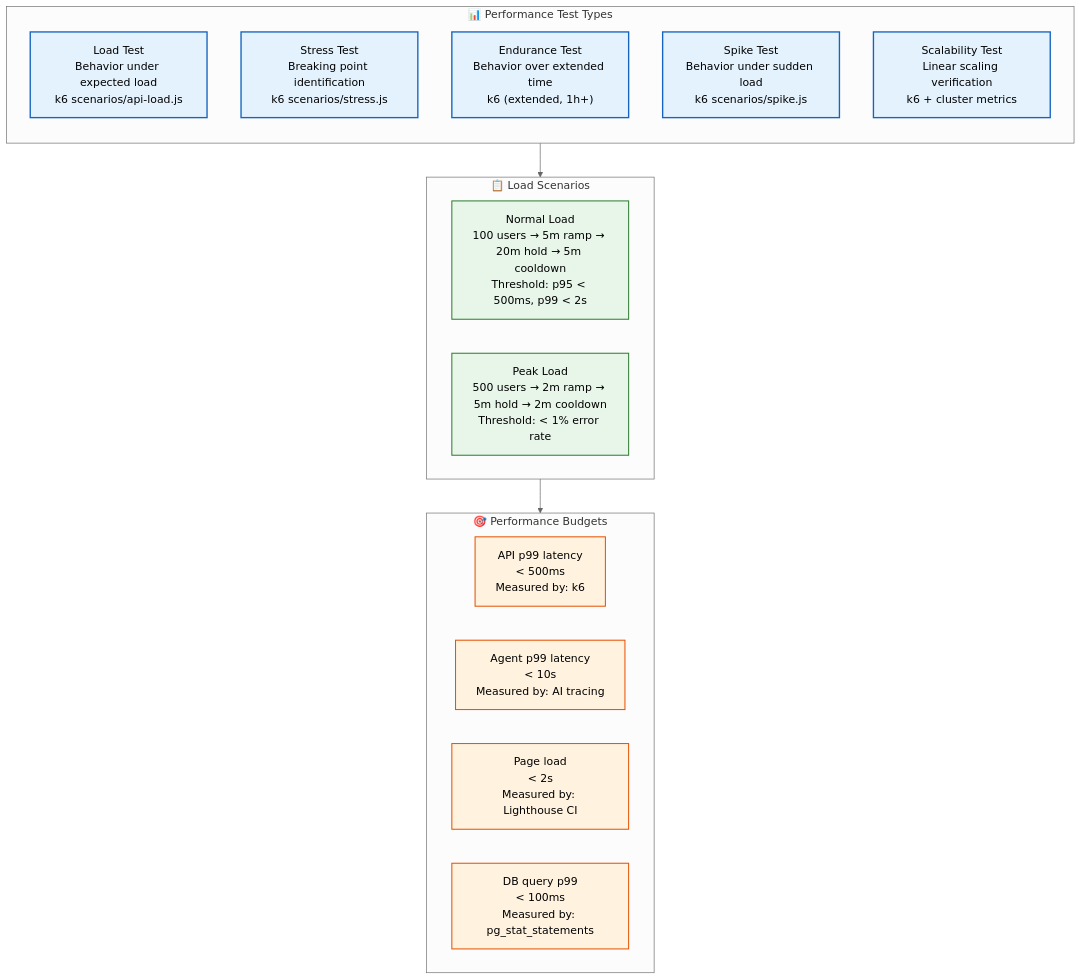
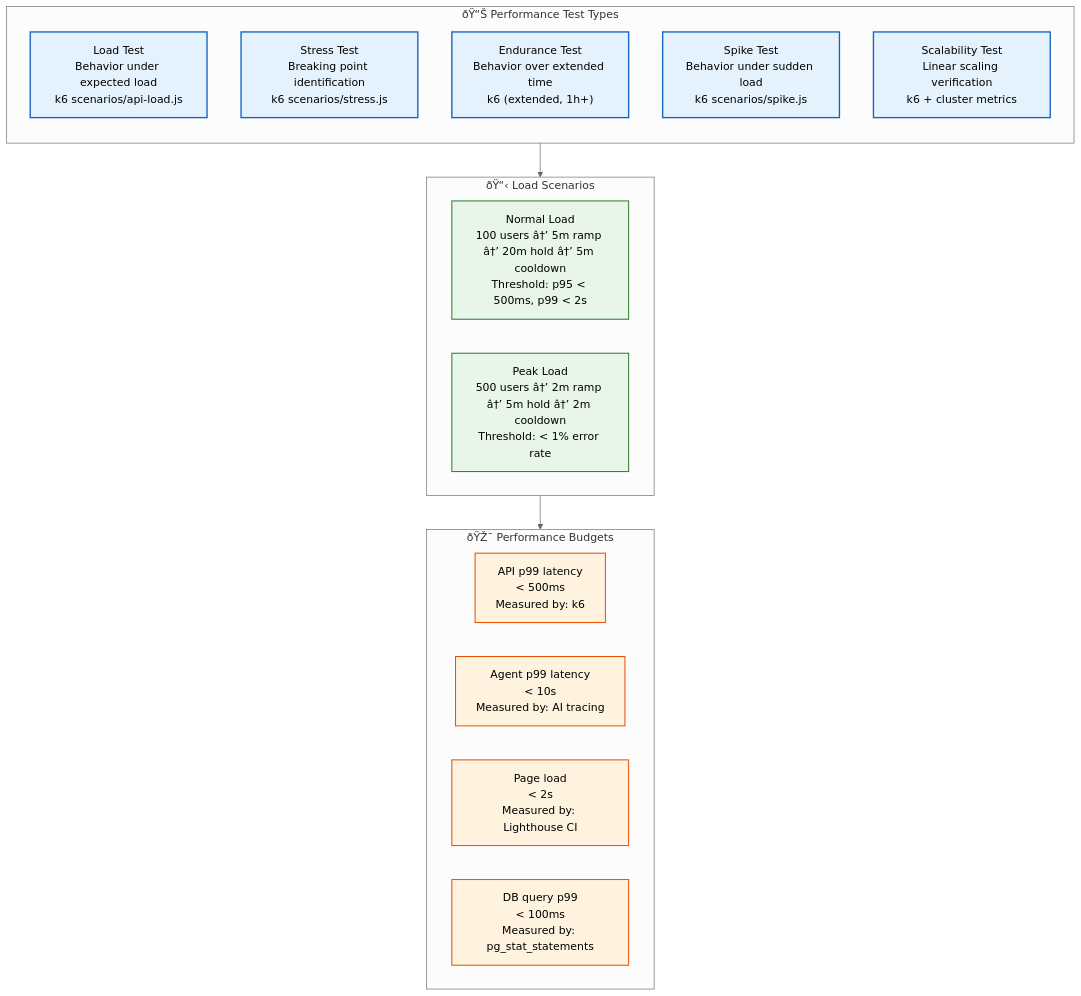
The first of 2 diagrams in Docs/Testing/Performance-Testing.md (Driftloom/Vaeloom), drawn with Mermaid (neutral theme) before and after one commit. The commit also changed other lines of this file and 249 other files, not shown here.

````diff
--- a/Docs/Testing/Performance-Testing.md
+++ b/Docs/Testing/Performance-Testing.md
@@ -8,33 +8,33 @@
 ```mermaid
 graph TD
     classDef type fill:#e3f2fd,stroke:#1565c0,color:#000,stroke-width:2px
     classDef scenario fill:#e8f5e9,stroke:#2e7d32,color:#000,stroke-width:1.5px
     classDef budget fill:#fff3e0,stroke:#e65100,color:#000,stroke-width:1.5px
 
-    subgraph Types["📊 Performance Test Types"]
+    subgraph Types["ðŸ“Š Performance Test Types"]
         direction TB
         T1["Load Test<br/>Behavior under expected load<br/>k6 scenarios/api-load.js"]
         T2["Stress Test<br/>Breaking point identification<br/>k6 scenarios/stress.js"]
         T3["Endurance Test<br/>Behavior over extended time<br/>k6 (extended, 1h+)"]
         T4["Spike Test<br/>Behavior under sudden load<br/>k6 scenarios/spike.js"]
         T5["Scalability Test<br/>Linear scaling verification<br/>k6 + cluster metrics"]
     end
 
-    subgraph Scenarios["📋 Load Scenarios"]
-        S1["Normal Load<br/>100 users → 5m ramp → 20m hold → 5m cooldown<br/>Threshold: p95 < 500ms, p99 < 2s"]
-        S2["Peak Load<br/>500 users → 2m ramp → 5m hold → 2m cooldown<br/>Threshold: < 1% error rate"]
+    subgraph Scenarios["ðŸ“‹ Load Scenarios"]
+        S1["Normal Load<br/>100 users â†’ 5m ramp â†’ 20m hold â†’ 5m cooldown<br/>Threshold: p95 < 500ms, p99 < 2s"]
+        S2["Peak Load<br/>500 users â†’ 2m ramp â†’ 5m hold â†’ 2m cooldown<br/>Threshold: < 1% error rate"]
     end
 
-    subgraph Budgets["🎯 Performance Budgets"]
+    subgraph Budgets["ðŸŽ¯ Performance Budgets"]
         B1["API p99 latency<br/>< 500ms<br/>Measured by: k6"]
         B2["Agent p99 latency<br/>< 10s<br/>Measured by: AI tracing"]
         B3["Page load<br/>< 2s<br/>Measured by: Lighthouse CI"]
         B4["DB query p99<br/>< 100ms<br/>Measured by: pg_stat_statements"]
     end
 
     Types --> Scenarios --> Budgets
 
     class T1,T2,T3,T4,T5 type
     class S1,S2 scenario
     class B1,B2,B3,B4 budget
 ```
````
